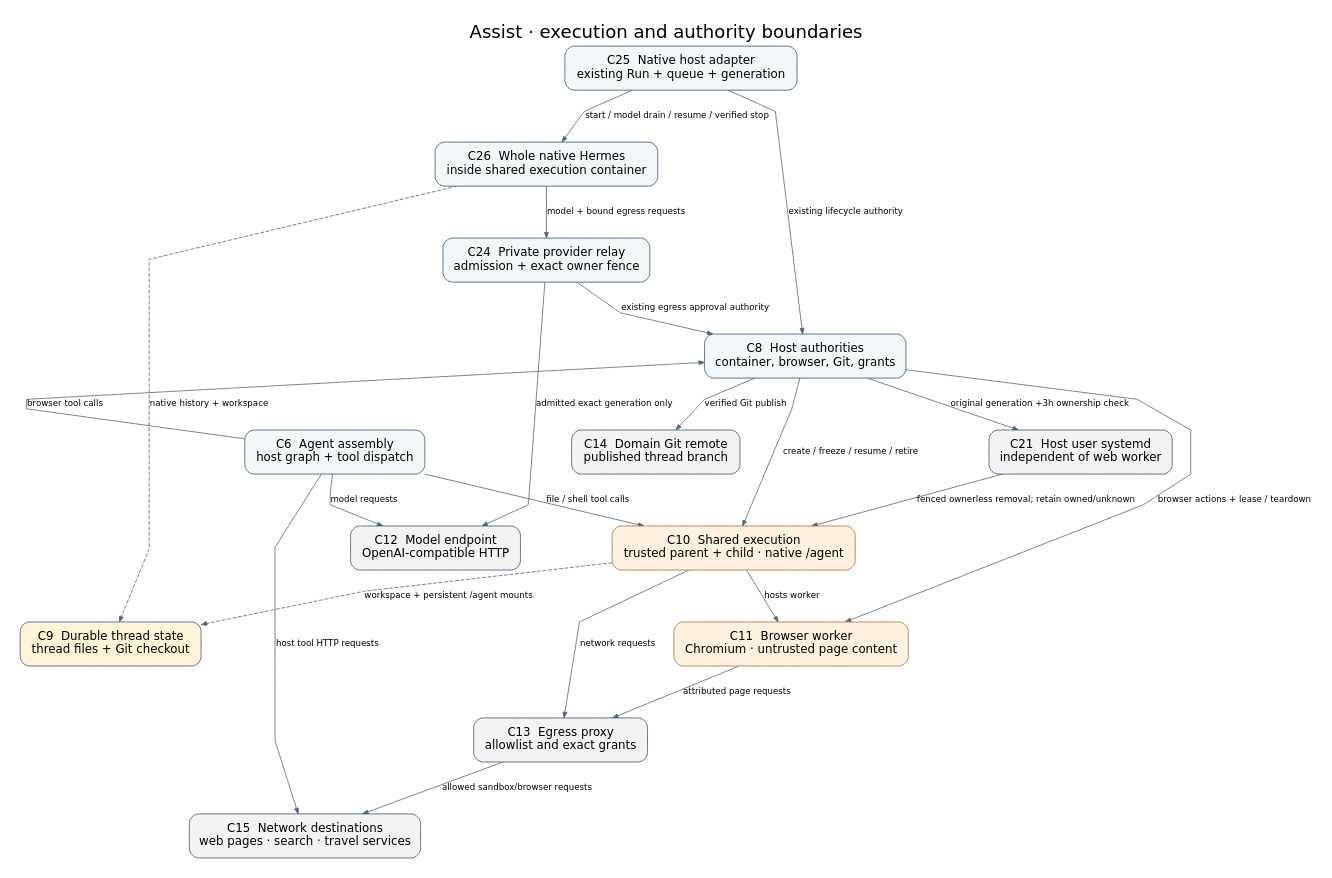
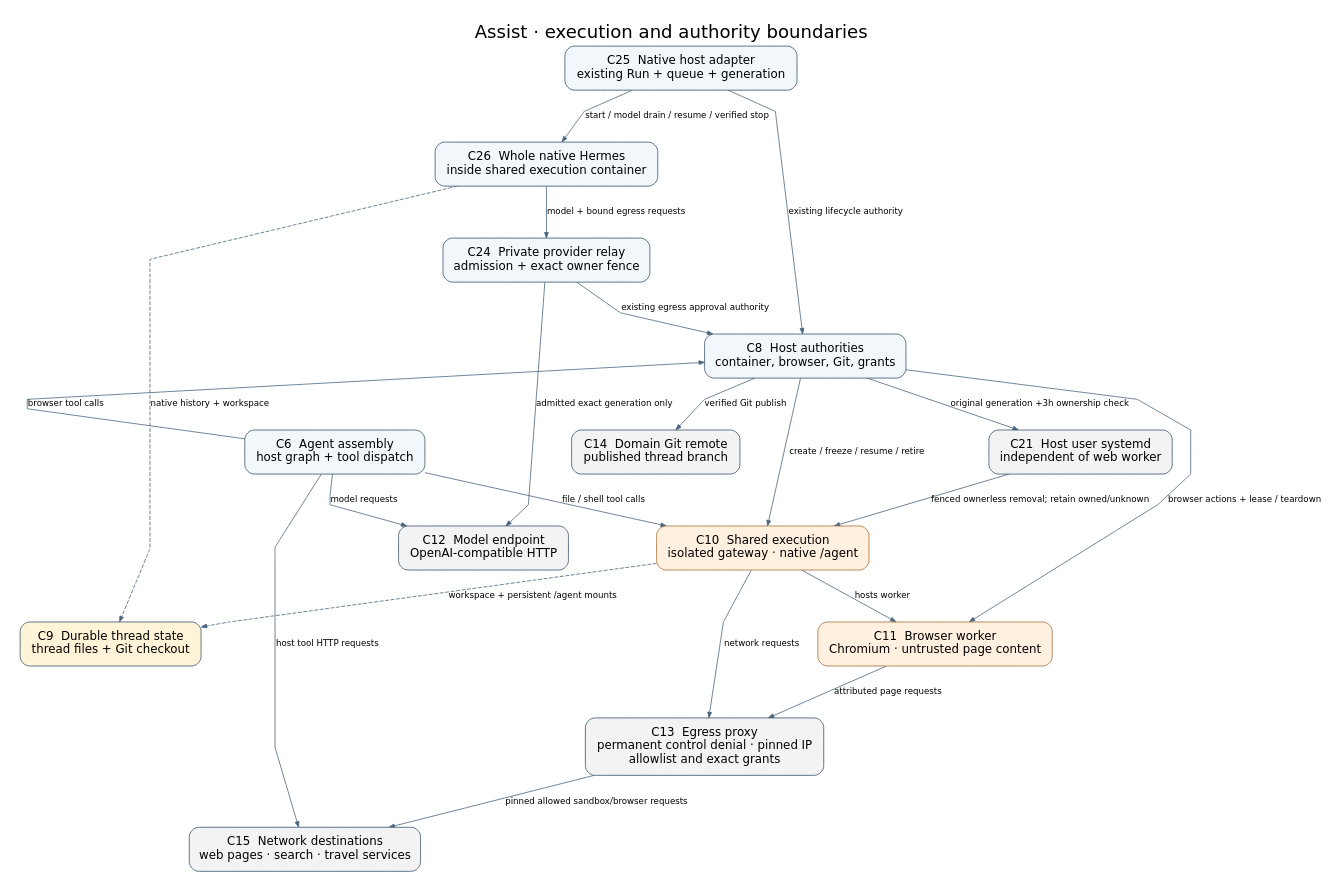
One commit to pierrel/assist changed the diagram in docs/architecture-boundaries.dot. Above: the diagram before and after it, drawn with Graphviz. The commit also changed 23 other files, not shown here.

Commit message:
Fence agent access to Assist control destinations

```diff
--- a/docs/architecture-boundaries.dot
+++ b/docs/architecture-boundaries.dot
@@ -1,53 +1,53 @@
 digraph Boundaries {
   graph [label="Assist · execution and authority boundaries", labelloc=t,
          fontname="DejaVu Sans", fontsize=23, bgcolor="white",
          rankdir=TB, pad=0.25, nodesep=0.65, ranksep=0.75,
          splines=polyline, outputorder=edgesfirst];
   node [shape=box, style="rounded,filled", color="#34506a",
         fillcolor="#f2f7fc", fontname="DejaVu Sans", fontsize=15,
         margin="0.20,0.15"];
   edge [fontname="DejaVu Sans", fontsize=11, color="#49647d",
         arrowsize=0.7];
 
   C6 [label="C6  Agent assembly\nhost graph + tool dispatch"];
   C8 [label="C8  Host authorities\ncontainer, browser, Git, grants"];
   C9 [label="C9  Durable thread state\nthread files + Git checkout",
       fillcolor="#fff4d7"];
-  C10 [label="C10  Shared execution\ntrusted parent + child · native /agent",
+  C10 [label="C10  Shared execution\nisolated gateway · native /agent",
        fillcolor="#fff0df", color="#a46b36"];
   C11 [label="C11  Browser worker\nChromium · untrusted page content",
        fillcolor="#fff0df", color="#a46b36"];
   C12 [label="C12  Model endpoint\nOpenAI-compatible HTTP",
        fillcolor="#f3f3f3"];
-  C13 [label="C13  Egress proxy\nallowlist and exact grants",
+  C13 [label="C13  Egress proxy\npermanent control denial · pinned IP\nallowlist and exact grants",
        fillcolor="#f3f3f3"];
   C14 [label="C14  Domain Git remote\npublished thread branch",
        fillcolor="#f3f3f3"];
   C15 [label="C15  Network destinations\nweb pages · search · travel services",
        fillcolor="#f3f3f3"];
   C25 [label="C25  Native host adapter\nexisting Run + queue + generation"];
   C24 [label="C24  Private provider relay\nadmission + exact owner fence"];
   C26 [label="C26  Whole native Hermes\ninside shared execution container"];
   C21 [label="C21  Host user systemd\nindependent of web worker", fillcolor="#f3f3f3"];
 
   C25 -> C8 [label="existing lifecycle authority"];
   C25 -> C26 [label="start / model drain / resume / verified stop"];
   C26 -> C24 [label="model + bound egress requests"];
   C24 -> C8 [label="existing egress approval authority"];
   C24 -> C12 [label="admitted exact generation only"];
   C26 -> C9 [label="native history + workspace", style=dashed];
   C6 -> C10 [label="file / shell tool calls"];
   C6 -> C8 [label="browser tool calls", constraint=false];
   C6 -> C12 [label="model requests"];
   C6 -> C15 [label="host tool HTTP requests"];
   C8 -> C10 [label="create / freeze / resume / retire"];
   C8 -> C21 [label="original generation +3h ownership check"];
   C21 -> C10 [label="fenced ownerless removal; retain owned/unknown"];
   C8 -> C11 [label="browser actions + lease / teardown"];
   C8 -> C14 [label="verified Git publish"];
   C10 -> C11 [label="hosts worker"];
   C10 -> C13 [label="network requests"];
   C11 -> C13 [label="attributed page requests"];
-  C13 -> C15 [label="allowed sandbox/browser requests"];
+  C13 -> C15 [label="pinned allowed sandbox/browser requests"];
   C10 -> C9 [label="workspace + persistent /agent mounts", style=dashed];
 }
```
